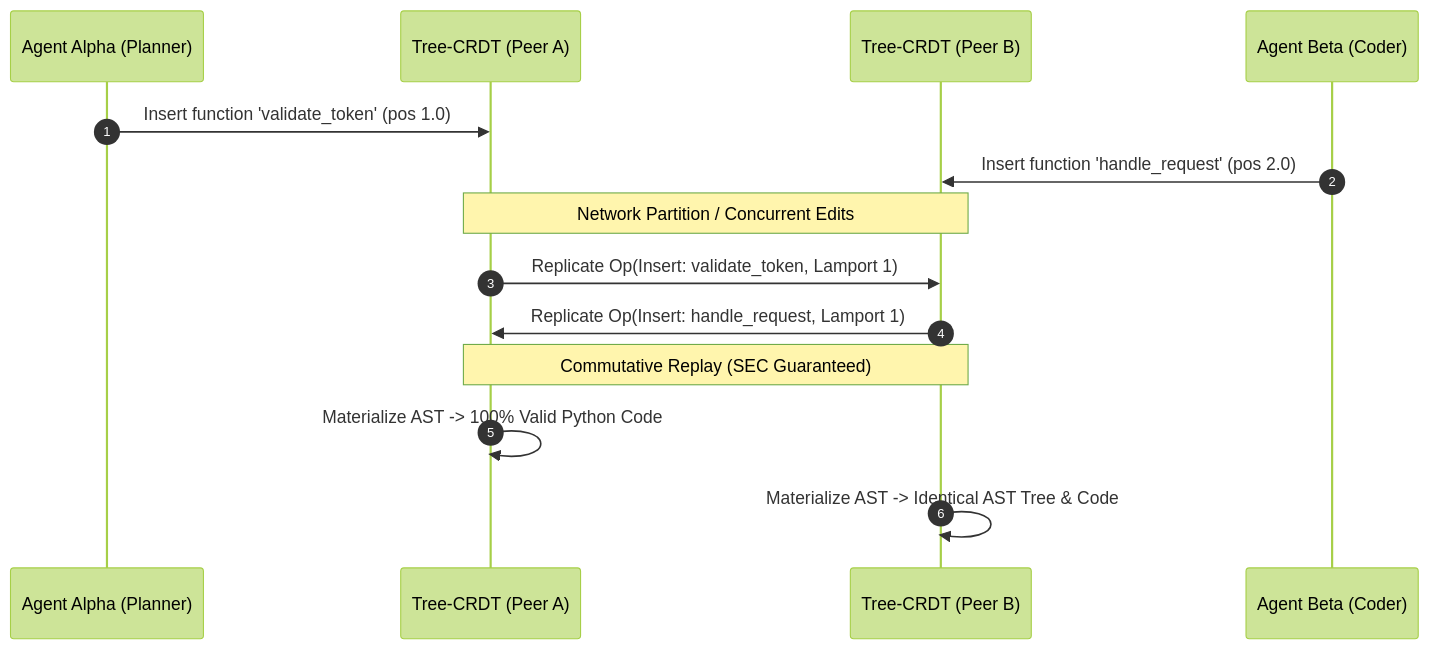
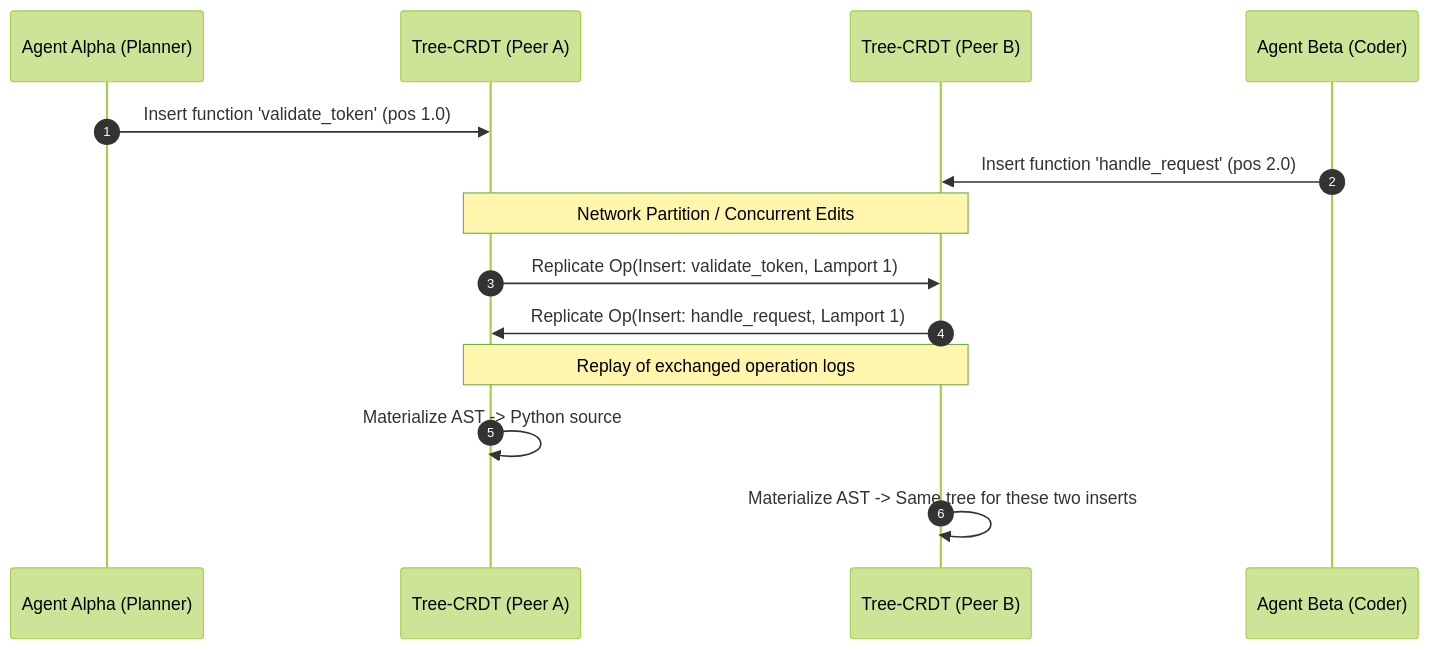
The diagram in examples/ast-crdt-collaborative-editor/README.md (dan-petty/vibes), drawn with Mermaid (forest theme) before and after one commit. The commit also changed other lines of this file and 248 other files, not shown here.

````diff
--- a/examples/ast-crdt-collaborative-editor/README.md
+++ b/examples/ast-crdt-collaborative-editor/README.md
@@ -21,17 +27,17 @@
 ```mermaid
 sequenceDiagram
     autonumber
     participant AgentA as Agent Alpha (Planner)
     participant PeerA as Tree-CRDT (Peer A)
     participant PeerB as Tree-CRDT (Peer B)
     participant AgentB as Agent Beta (Coder)
 
     AgentA->>PeerA: Insert function 'validate_token' (pos 1.0)
     AgentB->>PeerB: Insert function 'handle_request' (pos 2.0)
     Note over PeerA,PeerB: Network Partition / Concurrent Edits
     PeerA->>PeerB: Replicate Op(Insert: validate_token, Lamport 1)
     PeerB->>PeerA: Replicate Op(Insert: handle_request, Lamport 1)
-    Note over PeerA,PeerB: Commutative Replay (SEC Guaranteed)
-    PeerA->>PeerA: Materialize AST -> 100% Valid Python Code
-    PeerB->>PeerB: Materialize AST -> Identical AST Tree & Code
+    Note over PeerA,PeerB: Replay of exchanged operation logs
+    PeerA->>PeerA: Materialize AST -> Python source
+    PeerB->>PeerB: Materialize AST -> Same tree for these two inserts
 ```
````
